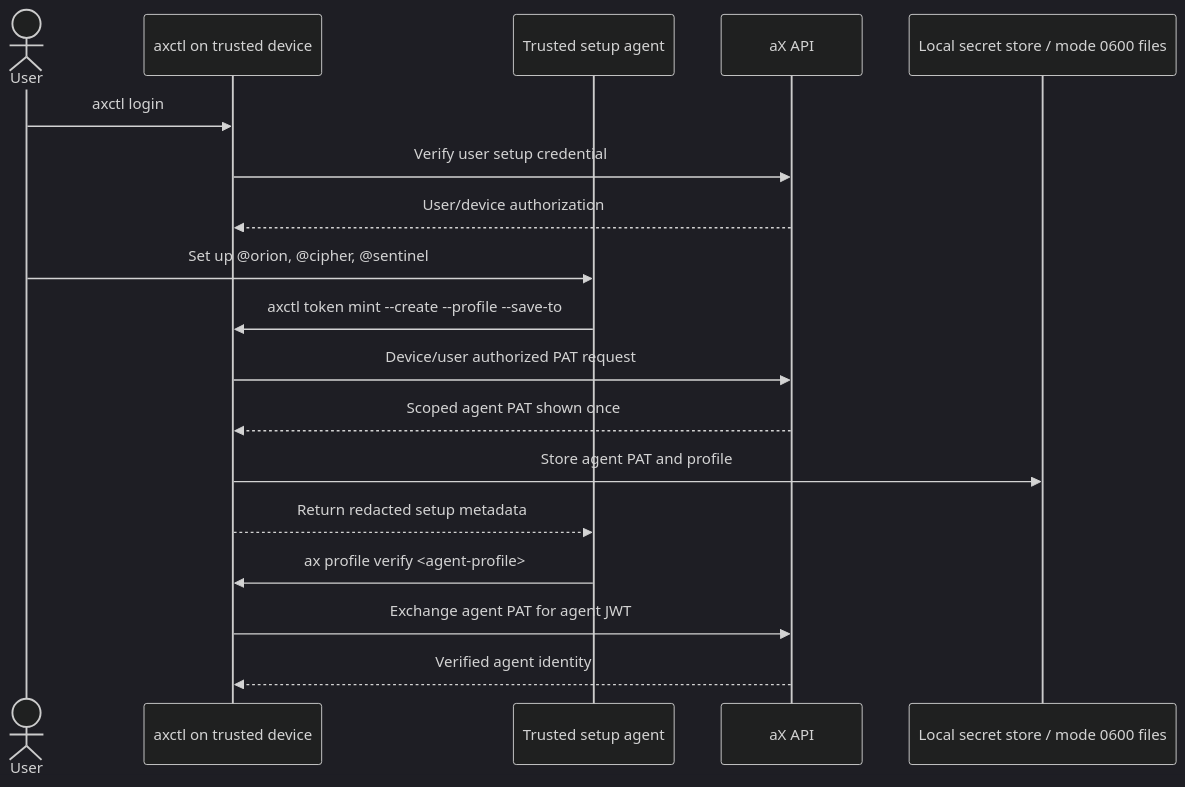
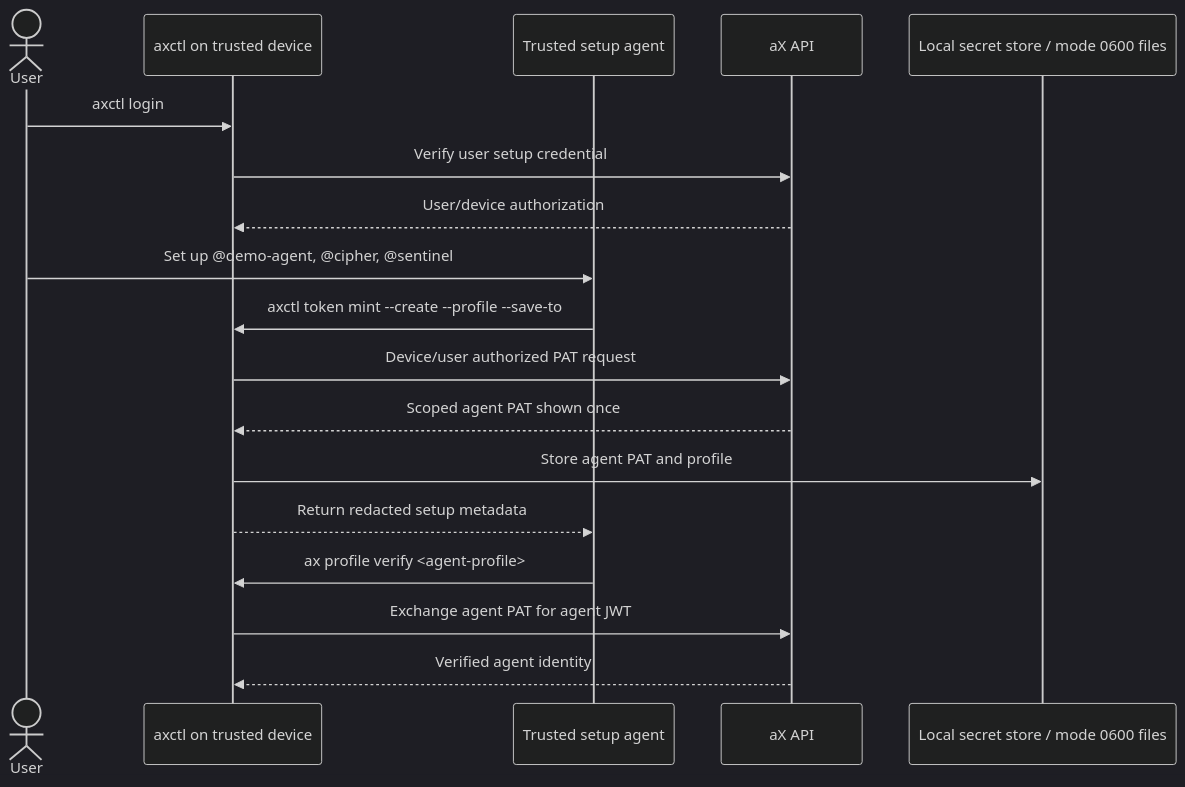
One commit to ax-platform/ax-gateway changed the second of 2 diagrams in specs/AXCTL-BOOTSTRAP-001/spec.md. Above: the diagram before and after it, drawn with Mermaid (dark theme). The commit also changed 31 other files, not shown here.

````diff
--- a/specs/AXCTL-BOOTSTRAP-001/spec.md
+++ b/specs/AXCTL-BOOTSTRAP-001/spec.md
@@ -101,21 +101,21 @@
 ```mermaid
 sequenceDiagram
     actor User
     participant CLI as axctl on trusted device
     participant Agent as Trusted setup agent
     participant API as aX API
     participant FS as Local secret store / mode 0600 files
 
     User->>CLI: axctl login
     CLI->>API: Verify user setup credential
     API-->>CLI: User/device authorization
-    User->>Agent: Set up @orion, @cipher, @sentinel
+    User->>Agent: Set up @demo-agent, @cipher, @sentinel
     Agent->>CLI: axctl token mint --create --profile --save-to
     CLI->>API: Device/user authorized PAT request
     API-->>CLI: Scoped agent PAT shown once
     CLI->>FS: Store agent PAT and profile
     CLI-->>Agent: Return redacted setup metadata
     Agent->>CLI: ax profile verify <agent-profile>
     CLI->>API: Exchange agent PAT for agent JWT
     API-->>CLI: Verified agent identity
 ```
````
